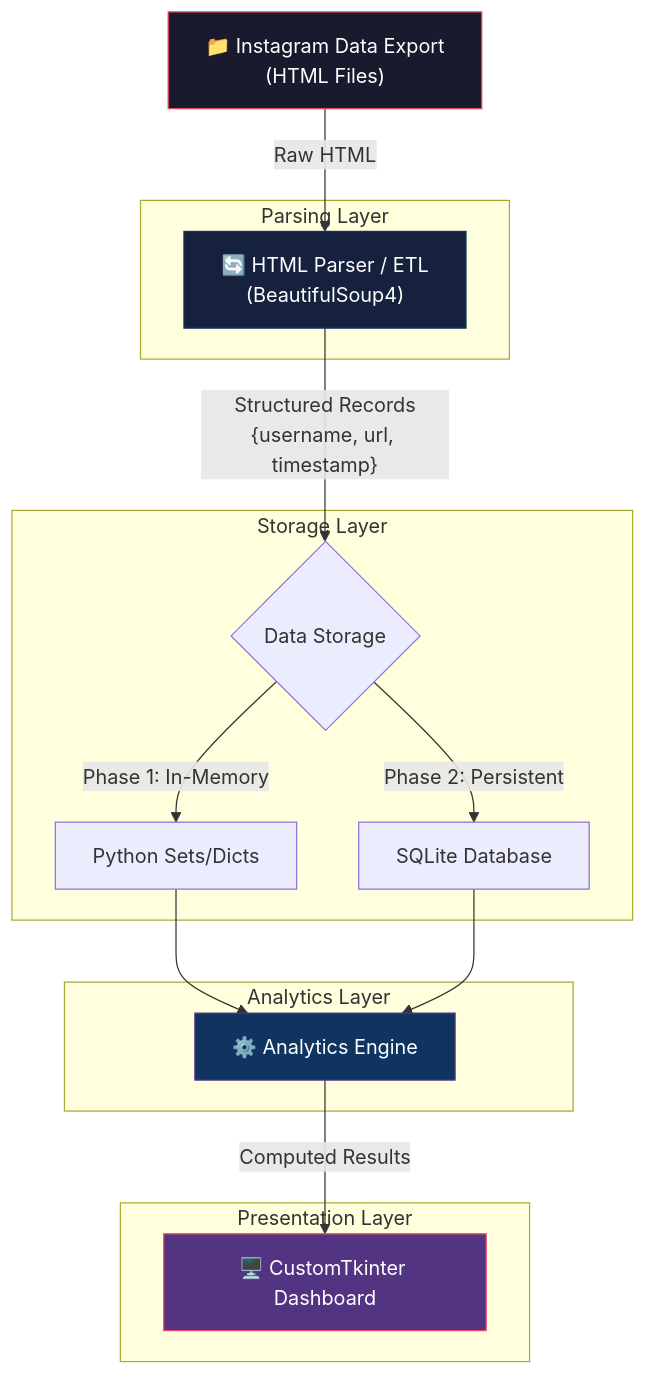
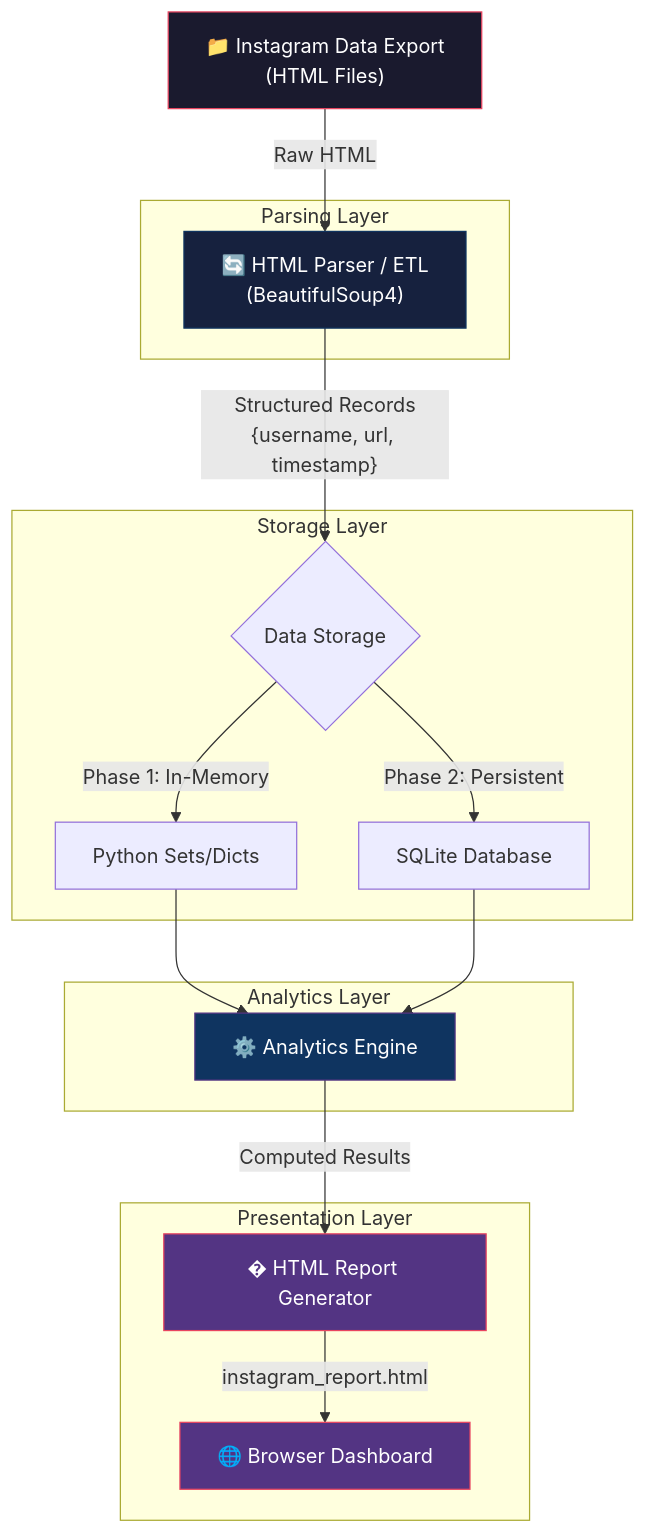
One commit to itsmhp/instagram-analyzer changed the first of 2 diagrams in PROJECT_MASTER.md. Above: the diagram before and after it, drawn with Mermaid. The commit also changed other lines of this file and 6 other files, not shown here.

First line of the commit message:
feat: HTML dashboard report, lightweight launcher GUI

````diff
--- a/PROJECT_MASTER.md
+++ b/PROJECT_MASTER.md
@@ -58,33 +59,36 @@
 ```mermaid
 flowchart TD
     A["📁 Instagram Data Export\n(HTML Files)"] -->|"Raw HTML"| B["🔄 HTML Parser / ETL\n(BeautifulSoup4)"]
     B -->|"Structured Records\n{username, url, timestamp}"| C{"Data Storage"}
     C -->|"Phase 1: In-Memory"| D["Python Sets/Dicts"]
     C -->|"Phase 2: Persistent"| E["SQLite Database"]
     D --> F["⚙️ Analytics Engine"]
     E --> F
-    F -->|"Computed Results"| G["🖥️ CustomTkinter Dashboard"]
+    F -->|"Computed Results"| G["� HTML Report Generator"]
+    G -->|"instagram_report.html"| H["🌐 Browser Dashboard"]
 
     subgraph PARSE ["Parsing Layer"]
         B
     end
 
     subgraph STORAGE ["Storage Layer"]
         C
         D
         E
     end
 
     subgraph COMPUTE ["Analytics Layer"]
         F
     end
 
     subgraph UI ["Presentation Layer"]
         G
+        H
     end
 
     style A fill:#1a1a2e,stroke:#e94560,color:#fff
     style B fill:#16213e,stroke:#0f3460,color:#fff
     style F fill:#0f3460,stroke:#533483,color:#fff
     style G fill:#533483,stroke:#e94560,color:#fff
+    style H fill:#533483,stroke:#e94560,color:#fff
 ```
````
